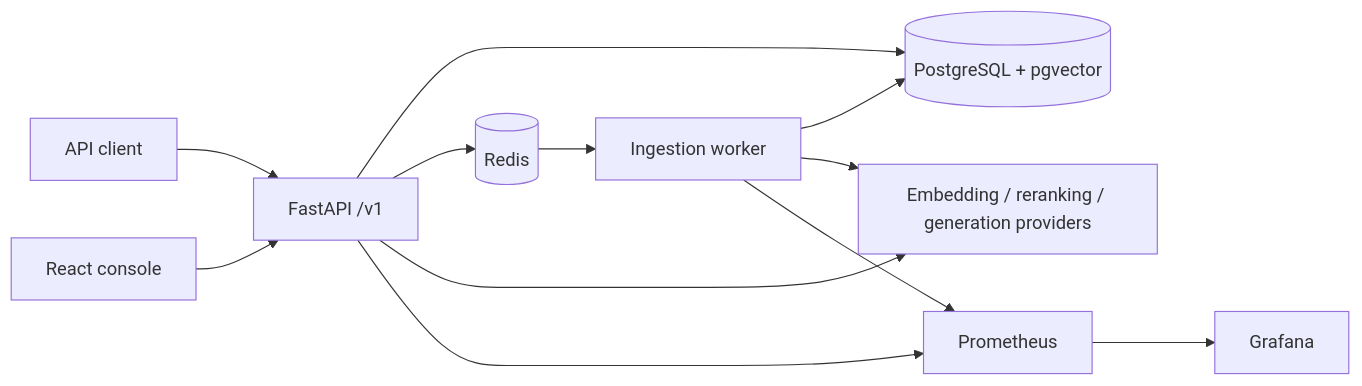
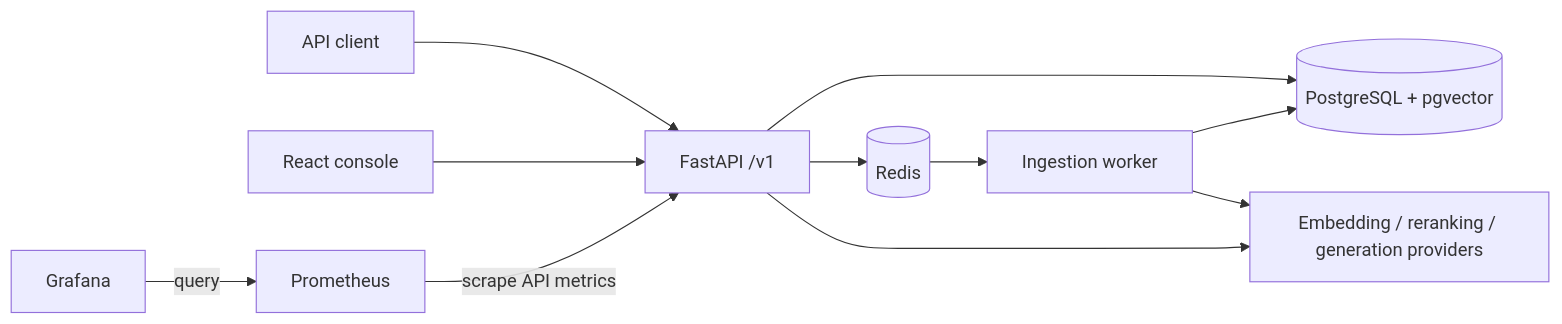
One commit to xmike04/RAG_OPS changed the diagram in README.md. Above: the diagram before and after it, drawn with Mermaid.

Commit message:
docs: show API-only Prometheus scraping in the main diagram

````diff
--- a/README.md
+++ b/README.md
@@ -46,14 +46,13 @@
 ```mermaid
 flowchart LR
   C[API client] --> API[FastAPI /v1]
   UI[React console] --> API
   API --> DB[(PostgreSQL + pgvector)]
   API --> CACHE[(Redis)]
   CACHE --> WORKER[Ingestion worker]
   WORKER --> DB
   API --> PROVIDERS[Embedding / reranking / generation providers]
   WORKER --> PROVIDERS
-  API --> PROM[Prometheus]
-  WORKER --> PROM
-  PROM --> GRAFANA[Grafana]
+  PROM[Prometheus] -->|scrape API metrics| API
+  GRAFANA[Grafana] -->|query| PROM
 ```
````
